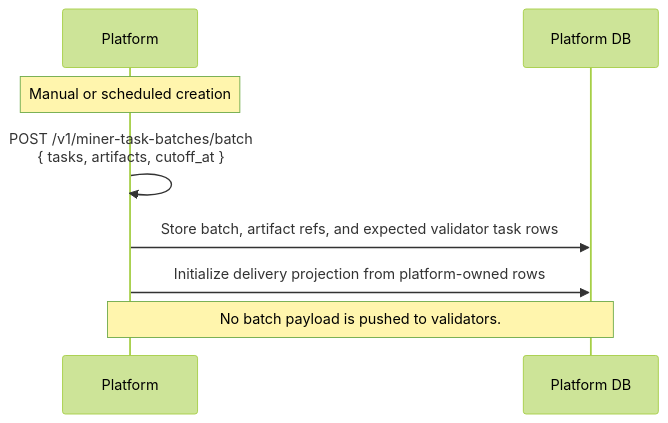
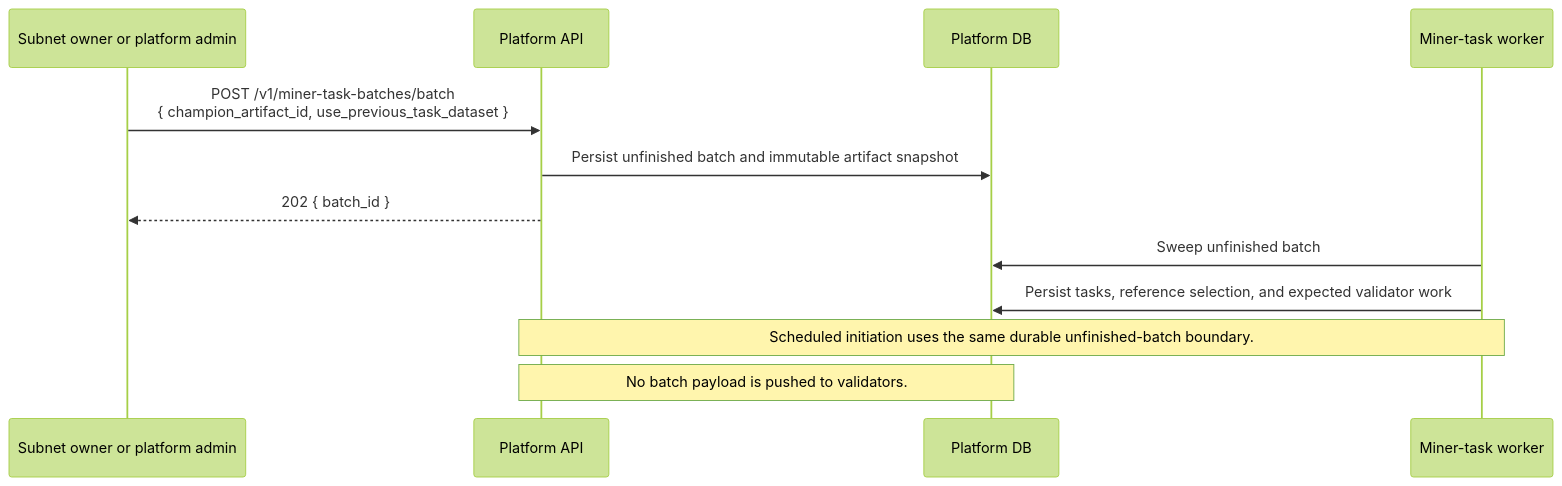
One commit to harnyx/harnyx changed the third of 8 diagrams in docs/api/flows.md. Above: the diagram before and after it, drawn with Mermaid (forest theme). The commit also changed other lines of this file and 5 other files, not shown here.

Commit message:
Correct API and architecture documentation drift (#1296)

````diff
--- a/docs/api/flows.md
+++ b/docs/api/flows.md
@@ -114,12 +116,16 @@
 ```mermaid
 sequenceDiagram
-  participant P as Platform
+  participant O as Subnet owner or platform admin
+  participant P as Platform API
   participant DB as Platform DB
+  participant W as Miner-task worker
 
-  Note over P: Manual or scheduled creation
-  P->>P: POST /v1/miner-task-batches/batch<br/>{ tasks, artifacts, cutoff_at }
-  P->>DB: Store batch, artifact refs, and expected validator task rows
-  P->>DB: Initialize delivery projection from platform-owned rows
+  O->>P: POST /v1/miner-task-batches/batch<br/>{ champion_artifact_id, use_previous_task_dataset }
+  P->>DB: Persist unfinished batch and immutable artifact snapshot
+  P-->>O: 202 { batch_id }
+  W->>DB: Sweep unfinished batch
+  W->>DB: Persist tasks, reference selection, and expected validator work
 
+  Note over P,W: Scheduled initiation uses the same durable unfinished-batch boundary.
   Note over P,DB: No batch payload is pushed to validators.
 ```
````
